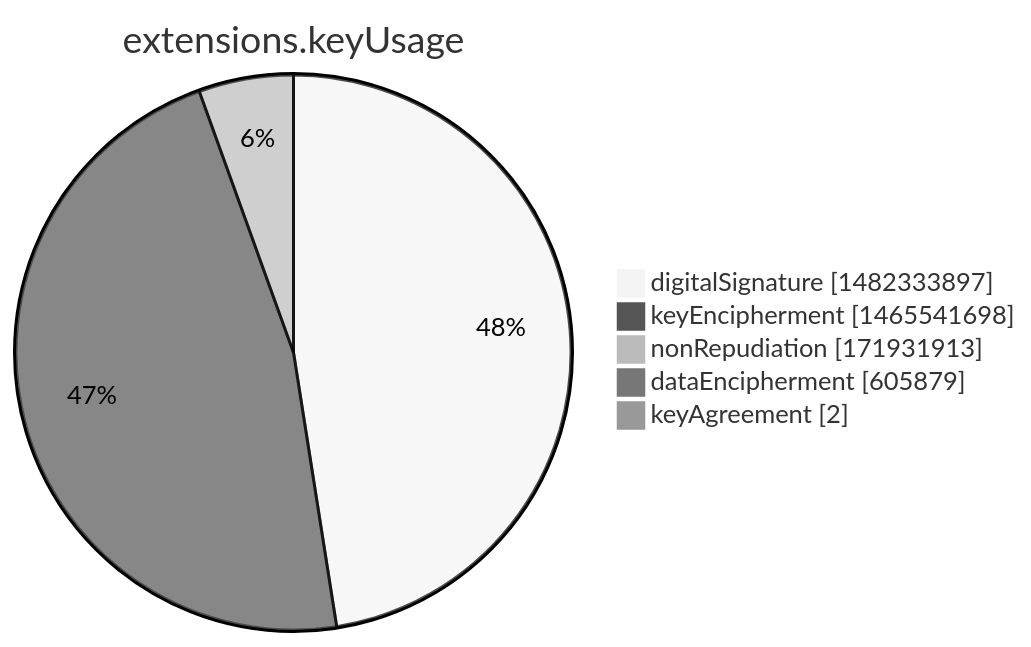
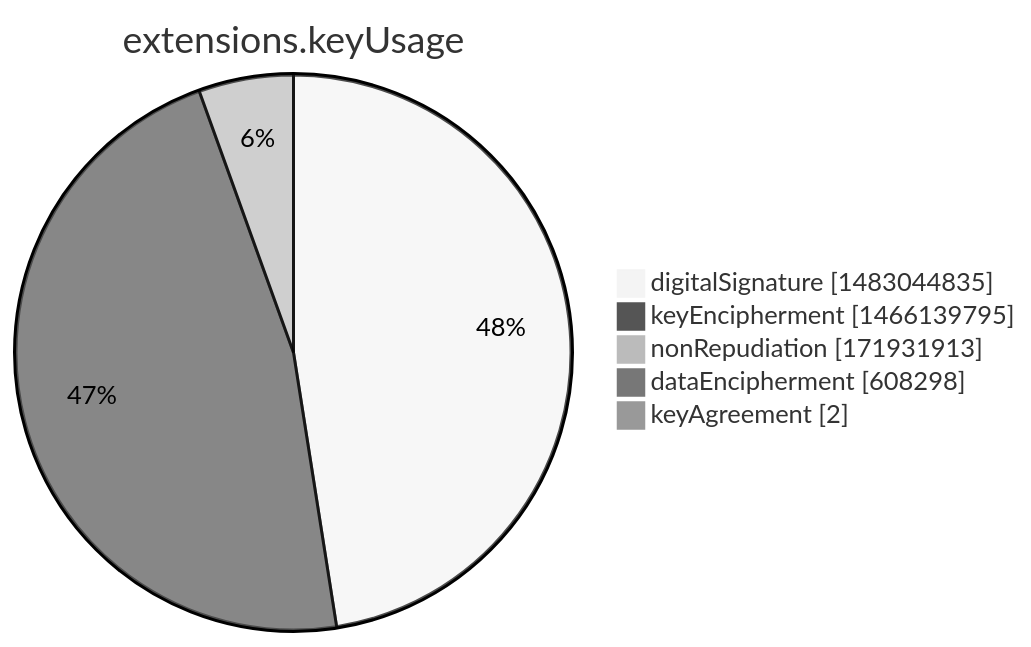
The seventh of 15 diagrams in argon2022/README.md (christiankrug/ctmonitor_visualization), drawn with Mermaid (neutral theme) before and after one commit. The commit also changed other lines of this file, not shown here.

````diff
--- a/argon2022/README.md
+++ b/argon2022/README.md
@@ -2751,9 +2751,9 @@
 ```mermaid
 pie showData
 title extensions.keyUsage
-"digitalSignature" :1482333897
-"keyEncipherment" :1465541698
+"digitalSignature" :1483044835
+"keyEncipherment" :1466139795
 "nonRepudiation" :171931913
-"dataEncipherment" :605879
+"dataEncipherment" :608298
 "keyAgreement" :2
 ```
````
